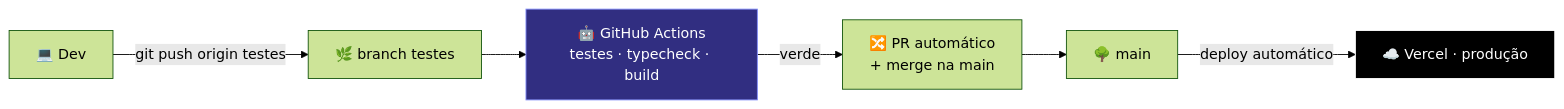
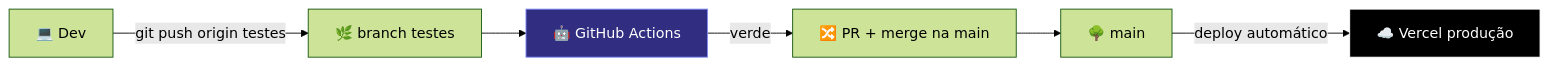
The seventh of 7 diagrams in README.md (henriquefbarrado/painel-lead), drawn with Mermaid (forest theme) before and after one commit. The commit also changed other lines of this file, not shown here.

First line of the commit message:
Atualizacoes automaticas de testes (#8)

````diff
--- a/README.md
+++ b/README.md
@@ -372,10 +372,10 @@
 ```mermaid
 flowchart LR
   D["💻 Dev"] -->|"git push origin testes"| T["🌿 branch testes"]
-  T --> CI["🤖 GitHub Actions<br/>testes · typecheck · build"]
-  CI -->|"verde"| PR["🔀 PR automático<br/>+ merge na main"]
+  T --> CI["🤖 GitHub Actions"]
+  CI -->|"verde"| PR["🔀 PR + merge na main"]
   PR --> M["🌳 main"]
-  M -->|"deploy automático"| V["☁️ Vercel · produção"]
+  M -->|"deploy automático"| V["☁️ Vercel produção"]
   style CI fill:#312e81,stroke:#818cf8,color:#fff
   style V fill:#000,stroke:#fff,color:#fff
 ```
````
